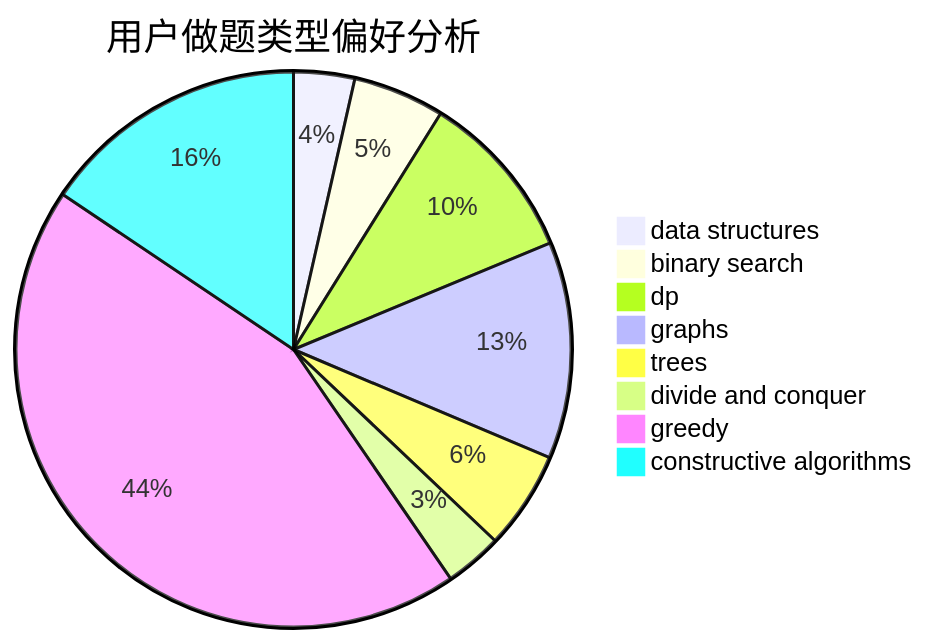
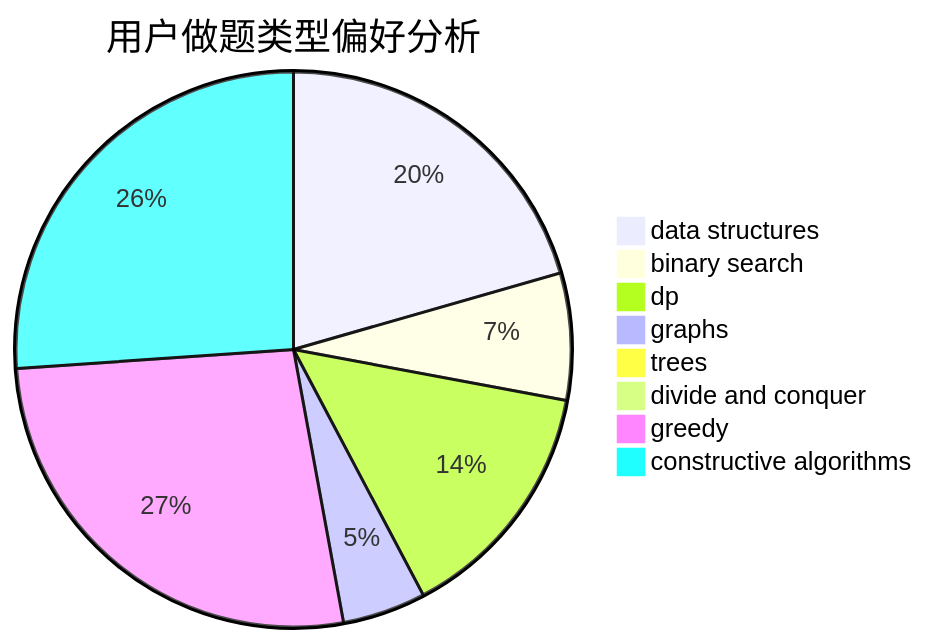
The second of 3 diagrams in docs/user/u872.md (sherpahu/cfrs.github.io), drawn with Mermaid before and after one commit. The commit also changed other lines of this file and 2770 other files, not shown here.

````diff
--- a/docs/user/u872.md
+++ b/docs/user/u872.md
@@ -23,11 +23,11 @@
 ```mermaid
 pie title 用户做题类型偏好分析
-    "data structures" :  18
-    "binary search" :  27
-    "dp" :  50
-    "graphs" :  64
-    "trees" :  29
-    "divide and conquer" :  17
-    "greedy" :  223
-    "constructive algorithms" :  79
+    "data structures" :  89
+    "binary search" :  32
+    "dp" :  62
+    "graphs" :  21
+    "trees" :  3
+    "divide and conquer" :  0
+    "greedy" :  116
+    "constructive algorithms" :  113
 ```
````
